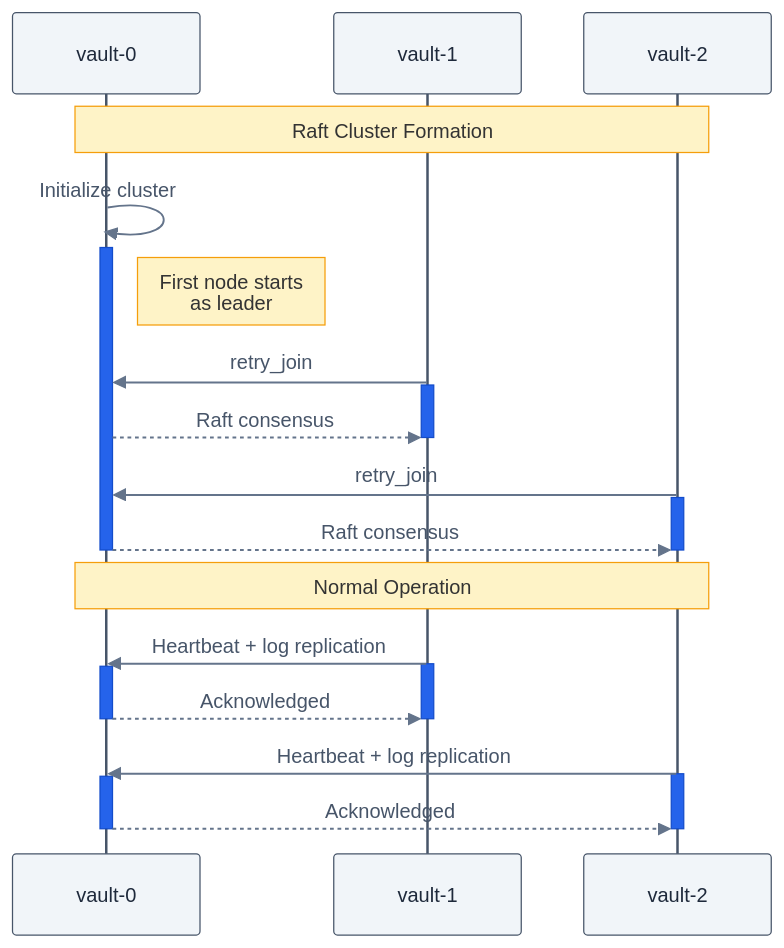
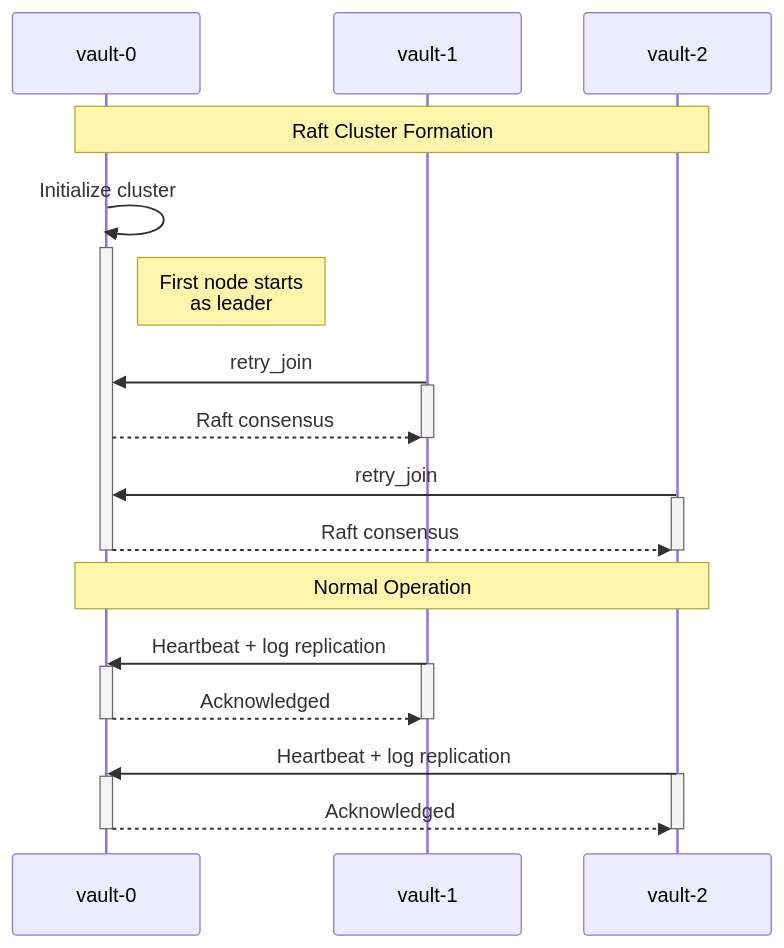
One commit to Orpere/kind changed the fourth of 5 diagrams in secrets-management/vault/README.md. Above: the diagram before and after it, drawn with Mermaid. The commit also changed other lines of this file and 1 other file, not shown here.

````diff
--- a/secrets-management/vault/README.md
+++ b/secrets-management/vault/README.md
@@ -149,35 +152,35 @@
 ```mermaid
-%%{init: {'theme': 'base', 'themeVariables': { 'primaryColor': '#7C3AED', 'primaryTextColor': '#ffffff', 'primaryBorderColor': '#5B21B6', 'secondaryColor': '#2563EB', 'tertiaryColor': '#059669', 'lineColor': '#64748B', 'fontFamily': 'system-ui, -apple-system, sans-serif', 'actorBorder': '#475569', 'actorBkg': '#F1F5F9', 'actorTextColor': '#1E293B', 'noteBkgColor': '#FEF3C7', 'noteBorderColor': '#F59E0B', 'signalColor': '#64748B', 'signalTextColor': '#475569' }}}%%
+%%{init: {"theme": "base", "themeVariables": {"primaryColor": "#1E3A5F", "primaryTextColor": "#FFFFFF", "primaryBorderColor": "#15294A", "secondaryColor": "#2563EB", "tertiaryColor": "#10B981", "lineColor": "#94A3B8", "fontFamily": "system-ui, -apple-system, sans-serif", "actorBorder": "#475569", "actorBkg": "#F8FAFC", "actorTextColor": "#1E293B", "noteBkgColor": "#FEF3C7", "noteBorderColor": "#F59E0B", "signalColor": "#94A3B8", "signalTextColor": "#475569"}}%%
 sequenceDiagram
     participant V0 as vault-0
     participant V1 as vault-1
     participant V2 as vault-2
 
     Note over V0,V2: Raft Cluster Formation
     V0->>V0: Initialize cluster
     activate V0
     Note right of V0: First node starts<br/>as leader
     V1->>V0: retry_join
     activate V1
     V0-->>V1: Raft consensus
     deactivate V1
     V2->>V0: retry_join
     activate V2
     V0-->>V2: Raft consensus
     deactivate V2
     deactivate V0
 
     Note over V0,V2: Normal Operation
     V1->>V0: Heartbeat + log replication
     activate V1
     activate V0
     V0-->>V1: Acknowledged
     deactivate V0
     deactivate V1
     V2->>V0: Heartbeat + log replication
     activate V2
     activate V0
     V0-->>V2: Acknowledged
     deactivate V0
     deactivate V2
 ```
````
